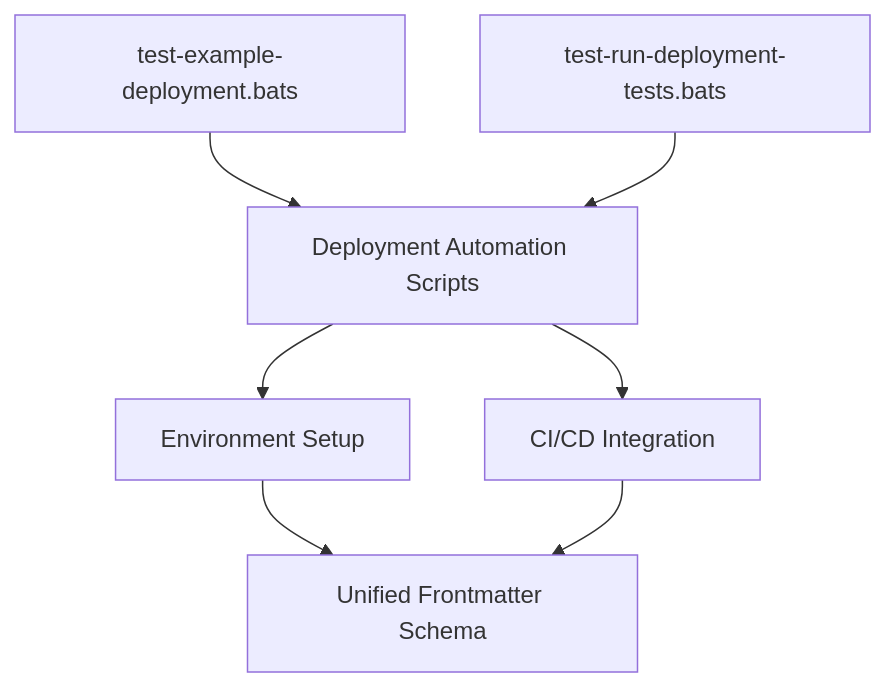
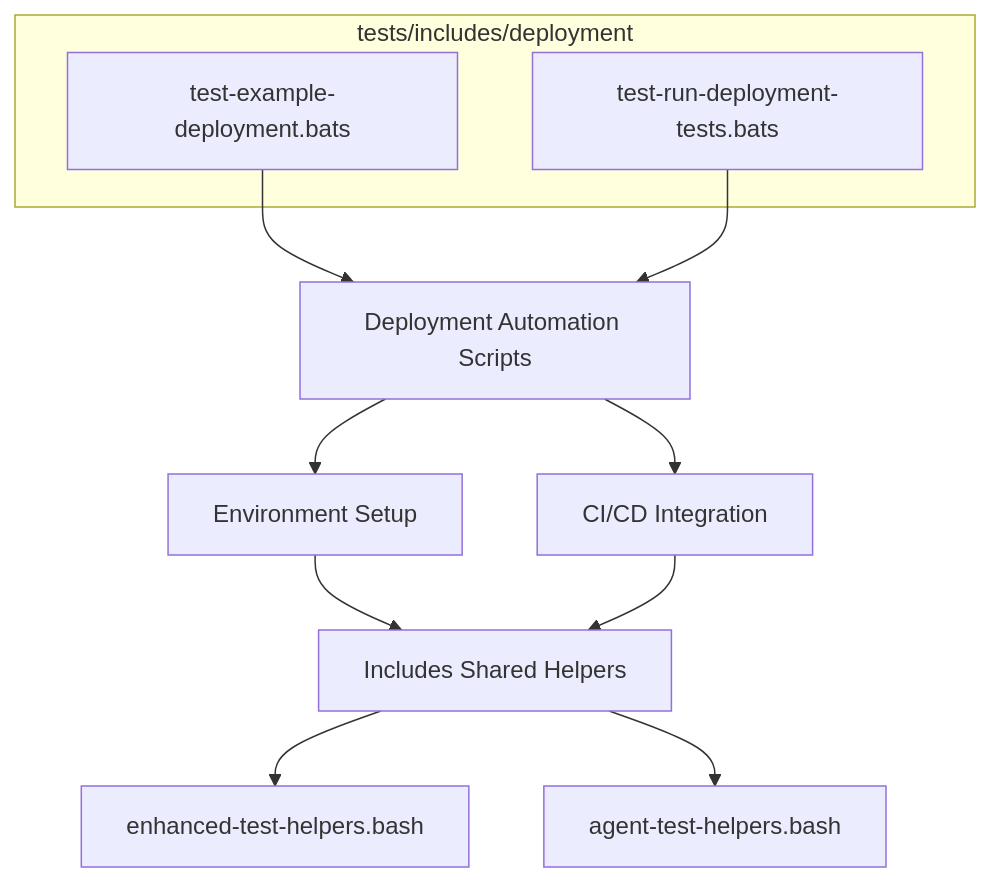
One commit to lightspeedwp/.github changed the diagram in tests/includes/deployment/README.md. Above: the diagram before and after it, drawn with Mermaid. The commit also changed other lines of this file and 7 other files, not shown here.

First line of the commit message:
chore(frontmatter/docs/tests/lint): standardize README frontmatter, expand test docs, refactor label/type tests, and enhance npm-package-json-lint

````diff
--- a/tests/includes/deployment/README.md
+++ b/tests/includes/deployment/README.md
@@ -24,8 +36,13 @@
 ```mermaid
 graph TD
-    A[test-example-deployment.bats] --> B[Deployment Automation Scripts]
-    C[test-run-deployment-tests.bats] --> B
-    B --> D[Environment Setup]
-    B --> E[CI/CD Integration]
-    D & E --> F[Unified Frontmatter Schema]
+    subgraph tests/includes/deployment
+      A[test-example-deployment.bats]
+      B[test-run-deployment-tests.bats]
+    end
+    A & B --> C[Deployment Automation Scripts]
+    C --> D[Environment Setup]
+    C --> E[CI/CD Integration]
+    D & E --> F[Includes Shared Helpers]
+    F --> G[enhanced-test-helpers.bash]
+    F --> H[agent-test-helpers.bash]
 ```
````
